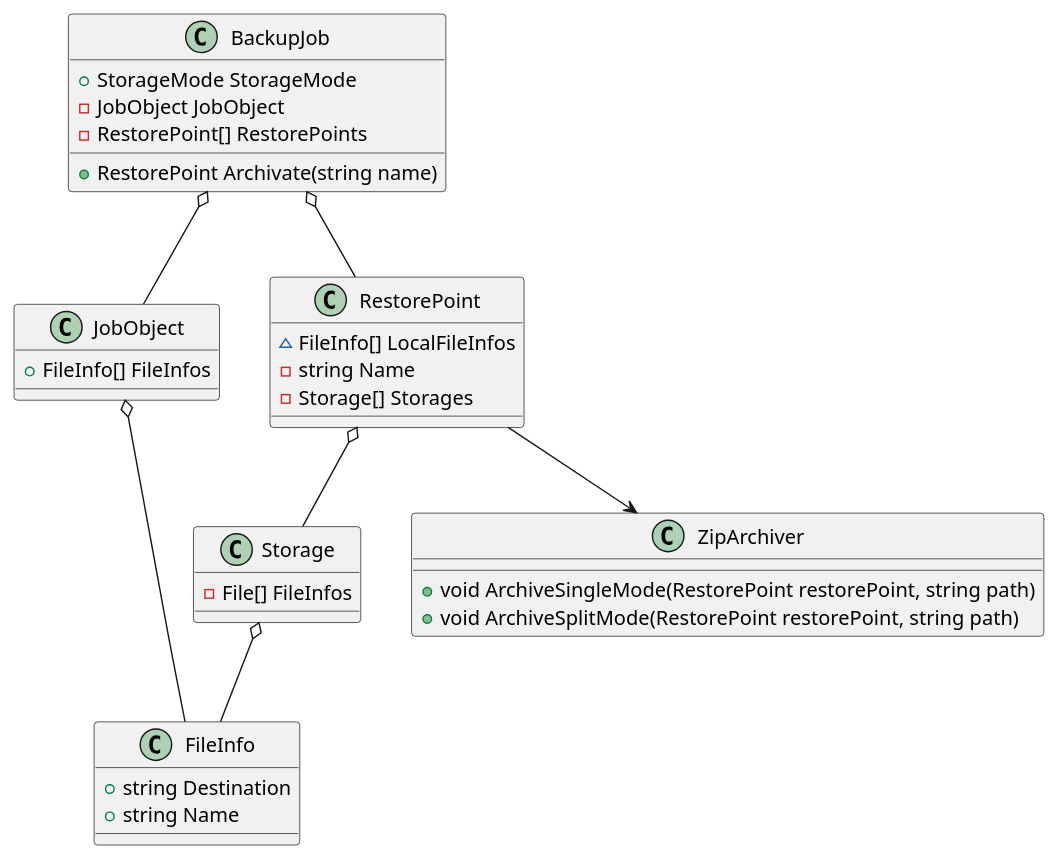
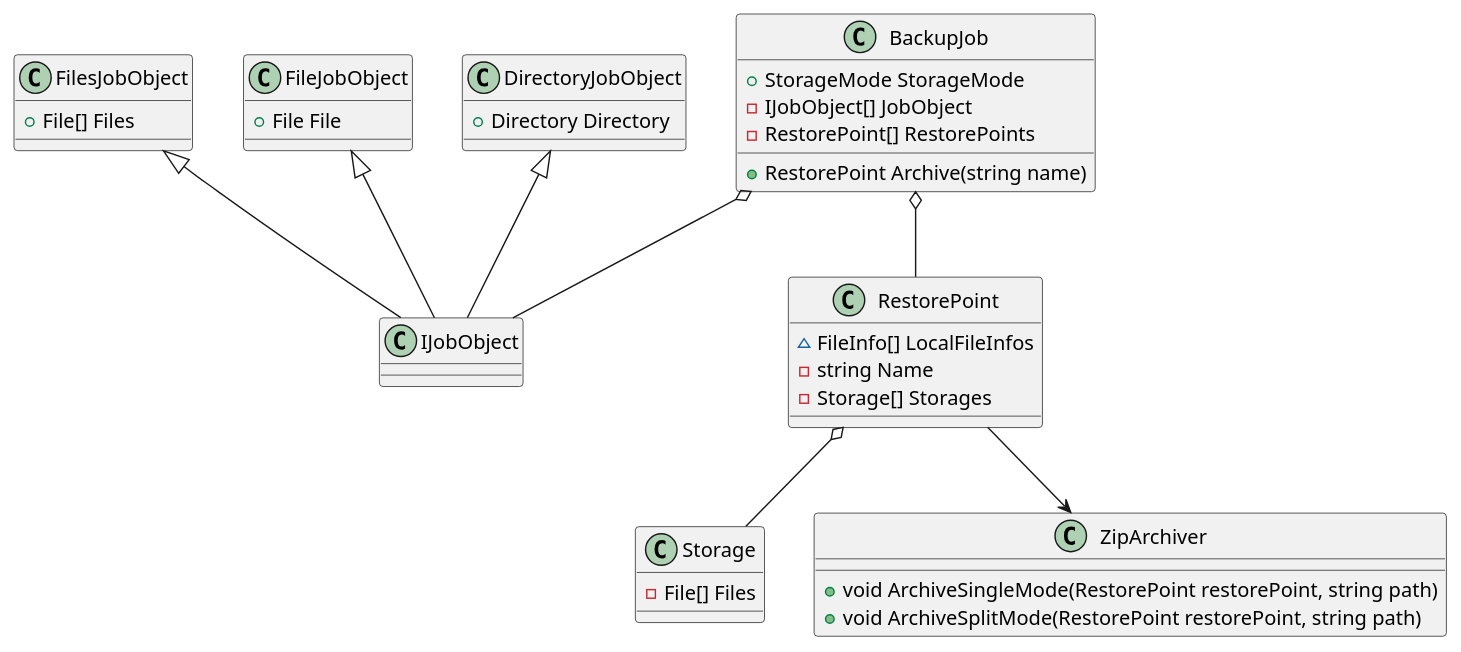
Before and after one commit to Ar4eR-ValerA/OOP.IIIsem: the diagram in Docs/Classes.puml, drawn with PlantUML. The commit also changed 1 other file, not shown here.

Commit message:
chore: updates docs        classes uml v2.0        usecase uml v1.3

```diff
--- a/Docs/Classes.puml
+++ b/Docs/Classes.puml
@@ -1,42 +1,49 @@
 @startuml
 
 class BackupJob {
     + StorageMode StorageMode
-    - JobObject JobObject
+    - IJobObject[] JobObject
     - RestorePoint[] RestorePoints
     
-    + RestorePoint Archivate(string name)
+    + RestorePoint Archive(string name)
 }
 
-class JobObject {
-    + FileInfo[] FileInfos
+class IJobObject {
+}
+
+class FilesJobObject {
+    + File[] Files
+}
+
+class FileJobObject {
+    + File File
+}
+
+class DirectoryJobObject {
+    + Directory Directory
 }
 
 class RestorePoint {
     ~ FileInfo[] LocalFileInfos
     - string Name
     - Storage[] Storages
 }
 
 class Storage {
-    - File[] FileInfos
-}
-
-class FileInfo {
-    + string Destination
-    + string Name
+    - File[] Files
 }
 
 class ZipArchiver {
     + void ArchiveSingleMode(RestorePoint restorePoint, string path)
     + void ArchiveSplitMode(RestorePoint restorePoint, string path)
 }
 
 BackupJob o-- RestorePoint
 RestorePoint o-- Storage
-Storage o-- FileInfo
-BackupJob o-- JobObject
-JobObject o-- FileInfo
+BackupJob o-- IJobObject
 RestorePoint --> ZipArchiver
+FilesJobObject <|-- IJobObject
+FileJobObject <|-- IJobObject
+DirectoryJobObject <|-- IJobObject
 
 @enduml
```
